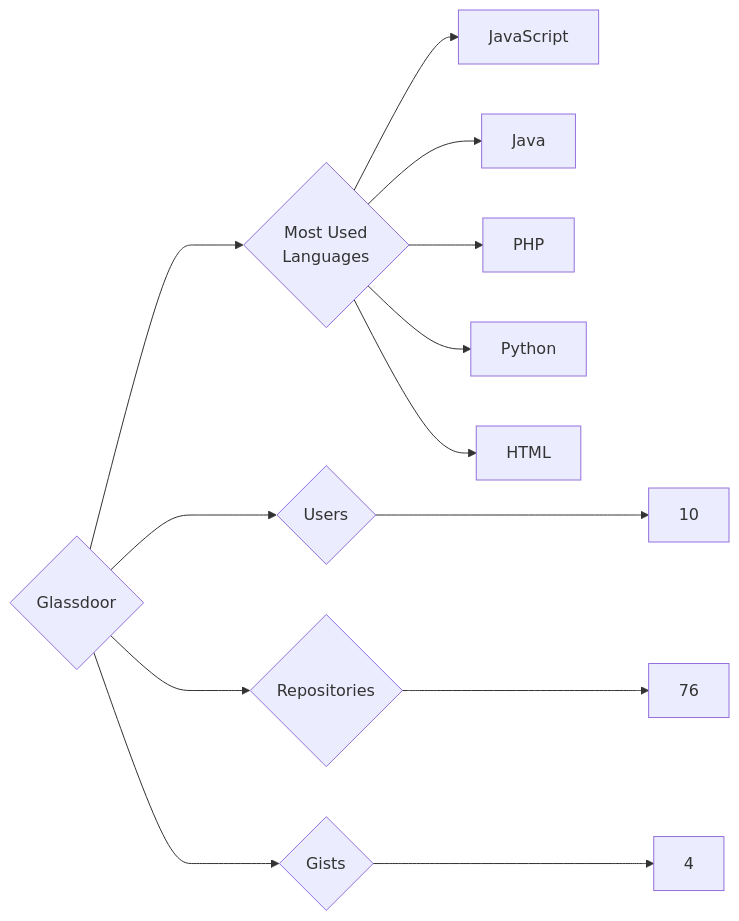
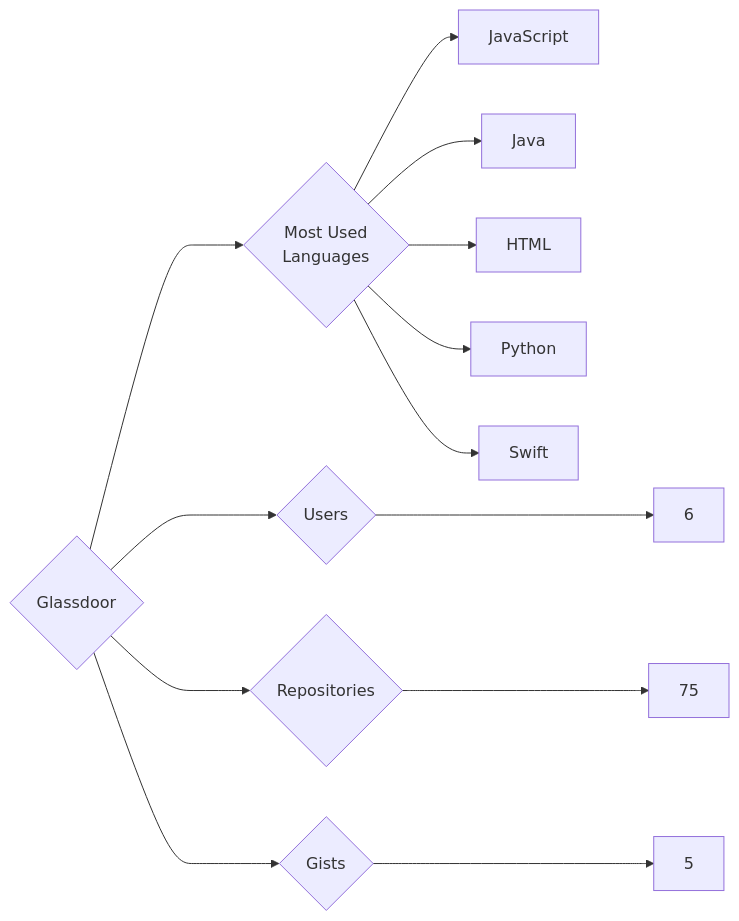
The diagram in targets/Glassdoor/README.md (trickest/insiders), drawn with Mermaid before and after one commit. The commit also changed 865 other files, not shown here.

````diff
--- a/targets/Glassdoor/README.md
+++ b/targets/Glassdoor/README.md
@@ -3,13 +3,13 @@
 ```mermaid
 graph LR
 COMPANY_NAME{Glassdoor}
-COMPANY_NAME ---> U{Users} ---> UN[10]
-COMPANY_NAME ---> R{Repositories} ---> RN[76]
-COMPANY_NAME ---> G{Gists} ---> GN[4]
+COMPANY_NAME ---> U{Users} ---> UN[6]
+COMPANY_NAME ---> R{Repositories} ---> RN[75]
+COMPANY_NAME ---> G{Gists} ---> GN[5]
 COMPANY_NAME ---> ML{Most Used<br>Languages}
 ML --> JavaScript[JavaScript]
 ML --> Java[Java]
-ML --> PHP[PHP]
+ML --> HTML[HTML]
 ML --> Python[Python]
-ML --> HTML[HTML]
+ML --> Swift[Swift]
 ```
````
